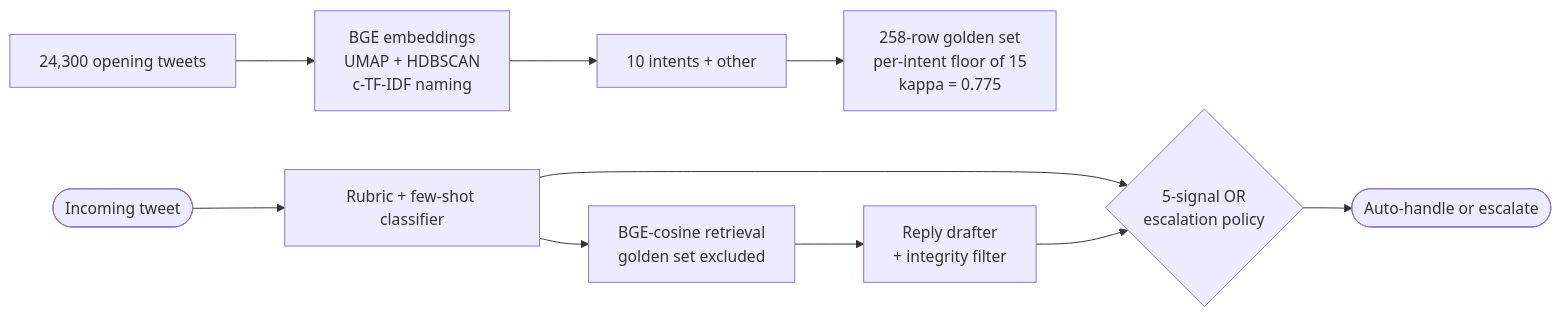
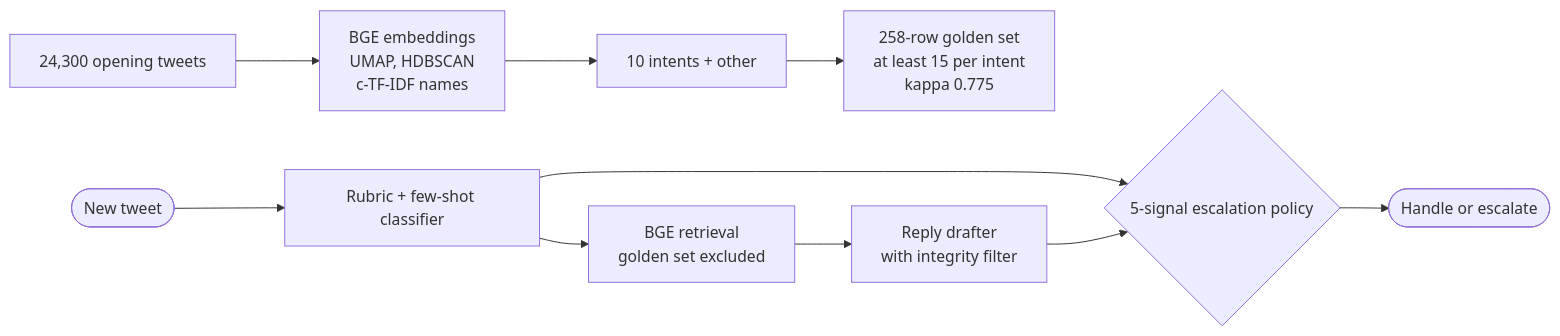
The sixth of 7 diagrams in README.md (pradhanashwarya2122/pradhanashwarya2122), drawn with Mermaid before and after one commit. The commit also changed other lines of this file, not shown here.

````diff
--- a/README.md
+++ b/README.md
@@ -260,12 +254,12 @@
 ```mermaid
 flowchart LR
-    T[24,300 opening tweets] --> E[BGE embeddings<br/>UMAP + HDBSCAN<br/>c-TF-IDF naming]
+    T[24,300 opening tweets] --> E[BGE embeddings<br/>UMAP, HDBSCAN<br/>c-TF-IDF names]
     E --> TX[10 intents + other]
-    TX --> G[258-row golden set<br/>per-intent floor of 15<br/>kappa = 0.775]
-    IN([Incoming tweet]) --> CL[Rubric + few-shot classifier]
-    CL --> RT[BGE-cosine retrieval<br/>golden set excluded]
-    RT --> DR[Reply drafter<br/>+ integrity filter]
-    CL --> ES{5-signal OR<br/>escalation policy}
+    TX --> G[258-row golden set<br/>at least 15 per intent<br/>kappa 0.775]
+    IN([New tweet]) --> CL[Rubric + few-shot classifier]
+    CL --> RT[BGE retrieval<br/>golden set excluded]
+    RT --> DR[Reply drafter<br/>with integrity filter]
+    CL --> ES{5-signal escalation policy}
     DR --> ES
-    ES --> OUT([Auto-handle or escalate])
+    ES --> OUT([Handle or escalate])
 ```
````
